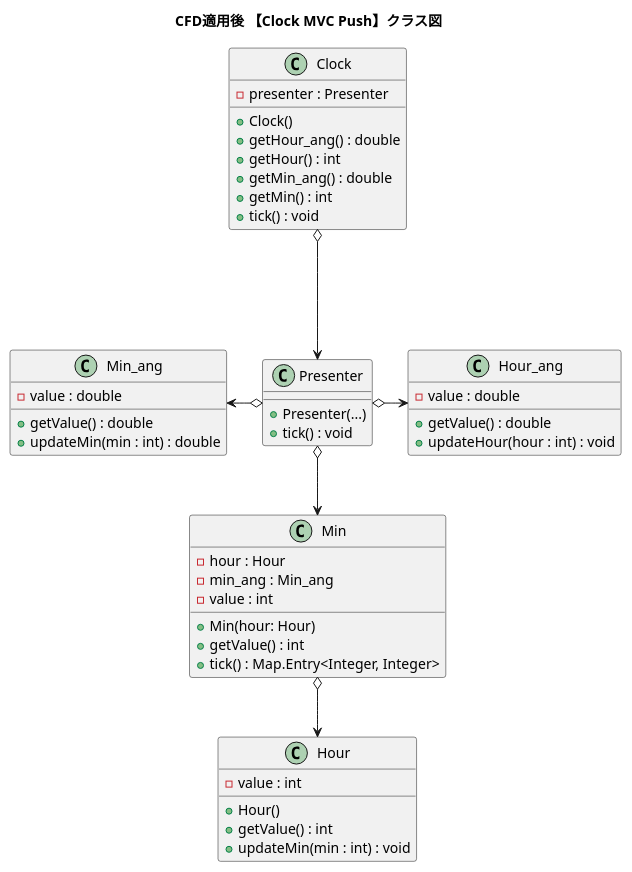
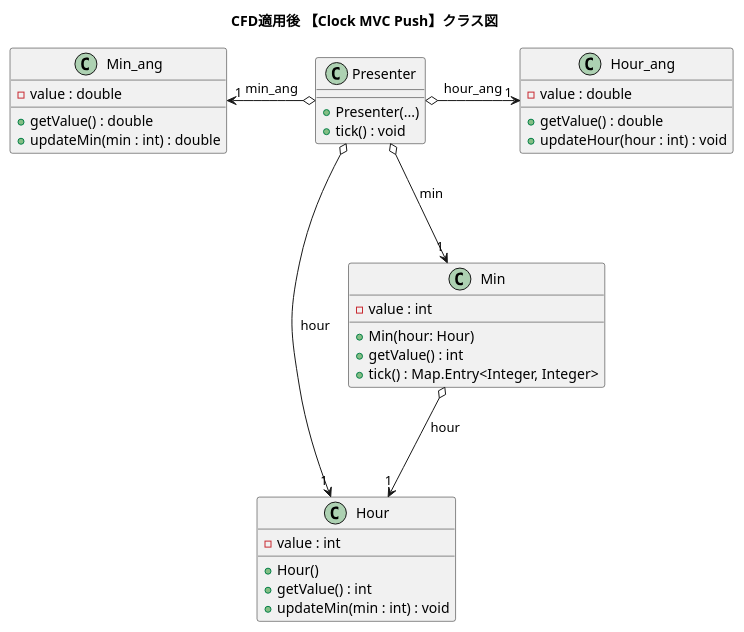
One commit to nitta-lab/TwoStagesModelingExperiments changed the diagram in puml/classes/clock_class_CFD_push.puml. Above: the diagram before and after it, drawn with PlantUML. The commit also changed 3 other files, not shown here.

Commit message:
updated uml

```diff
--- a/puml/classes/clock_class_CFD_push.puml
+++ b/puml/classes/clock_class_CFD_push.puml
@@ -1,58 +1,43 @@
 @startuml
 title "CFD適用後 【Clock MVC Push】クラス図"
-
-skinparam Linetype ortho
-
-class Clock{
-    -presenter : Presenter
-    +Clock()
-    +getHour_ang() : double
-    +getHour() : int
-    +getMin_ang() : double
-    +getMin() : int
-    +tick() : void
-}
 
 class Hour_ang{
     -value : double
     +getValue() : double
     +updateHour(hour : int) : void
 }
 
 class Hour{
     -value : int
     +Hour()
     +getValue() : int
     +updateMin(min : int) : void
 }
 
 class Min_ang{
     -value : double
     +getValue() : double
     +updateMin(min : int) : double
 }
 
 class Min{
-    -hour : Hour
-    -min_ang : Min_ang
     -value : int
     +Min(hour: Hour)
     +getValue() : int
     +tick() : Map.Entry<Integer, Integer>
 }
 
 class Presenter{
     +Presenter(...)
     +tick() : void    
 }
 
 '---------------------------------------------------------
-Clock o--down-> Presenter
+Presenter o-down-> "1" Min : min
+Presenter o-left-> "1" Min_ang : min_ang
+Presenter o-right-> "1" Hour_ang : hour_ang
+Presenter o--down--> "1" Hour : hour
 
-Presenter o-down-> Min
-Presenter o-left-> Min_ang
-Presenter o-right-> Hour_ang
-
-Min o-down-> Hour
+Min o-down-> "1" Hour : hour
 
 @enduml
```
